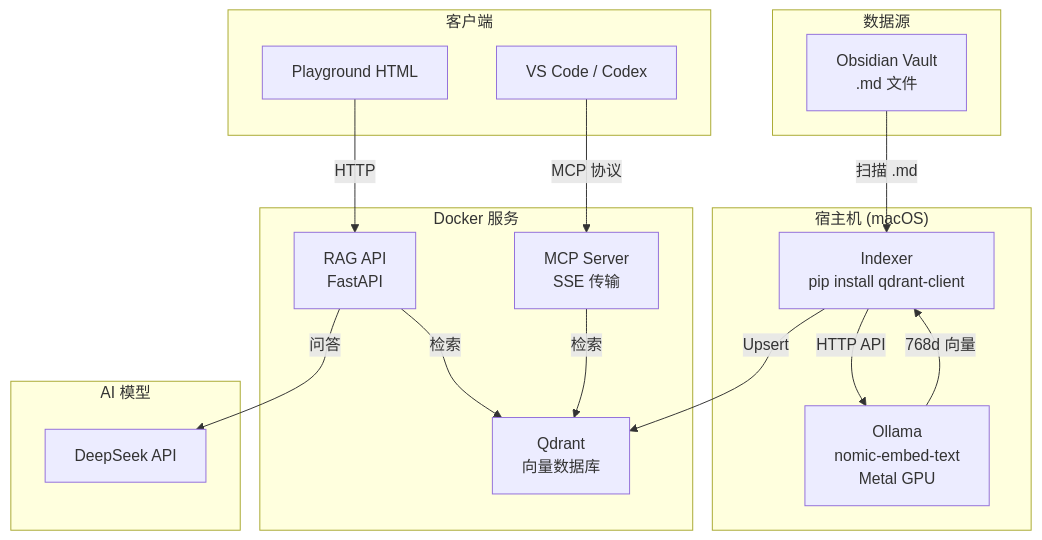
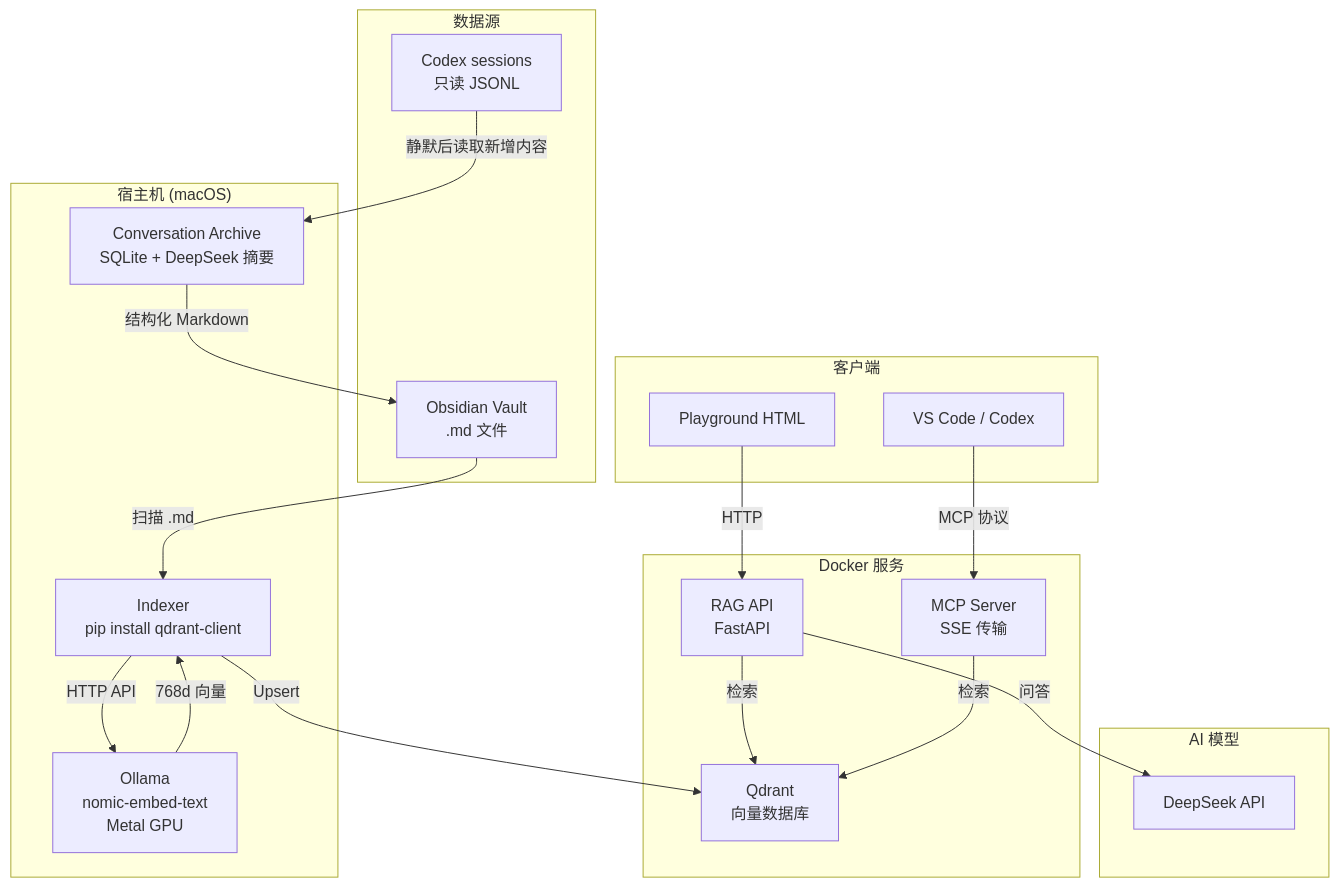
One commit to albertlisage-ux/AI-Brain changed the diagram in 03 Skills/ai-rag-setup-guide.md. Above: the diagram before and after it, drawn with Mermaid. The commit also changed other lines of this file and 8 other files, not shown here.

Commit message:
feat: automate conversation archive on macOS

````diff
--- a/03 Skills/ai-rag-setup-guide.md
+++ b/03 Skills/ai-rag-setup-guide.md
@@ -15,36 +15,40 @@
 ```mermaid
 graph TB
     subgraph "数据源"
         OV[Obsidian Vault<br/>.md 文件]
+        CS[Codex sessions<br/>只读 JSONL]
     end
 
     subgraph "宿主机 (macOS)"
         IDX[Indexer<br/>pip install qdrant-client]
         OLLAMA[Ollama<br/>nomic-embed-text<br/>Metal GPU]
+        CA[Conversation Archive<br/>SQLite + DeepSeek 摘要]
     end
 
     subgraph "Docker 服务"
         QD[Qdrant<br/>向量数据库]
         API[RAG API<br/>FastAPI]
         MCP[MCP Server<br/>SSE 传输]
     end
 
     subgraph "AI 模型"
         LLM[DeepSeek API]
     end
 
     subgraph "客户端"
         PG[Playground HTML]
         VS[VS Code / Codex]
     end
 
     OV -->|扫描 .md| IDX
+    CS -->|静默后读取新增内容| CA
+    CA -->|结构化 Markdown| OV
     IDX -->|HTTP API| OLLAMA
     OLLAMA -->|768d 向量| IDX
     IDX -->|Upsert| QD
     API -->|检索| QD
     API -->|问答| LLM
     PG -->|HTTP| API
     MCP -->|检索| QD
     VS -->|MCP 协议| MCP
 ```
````
